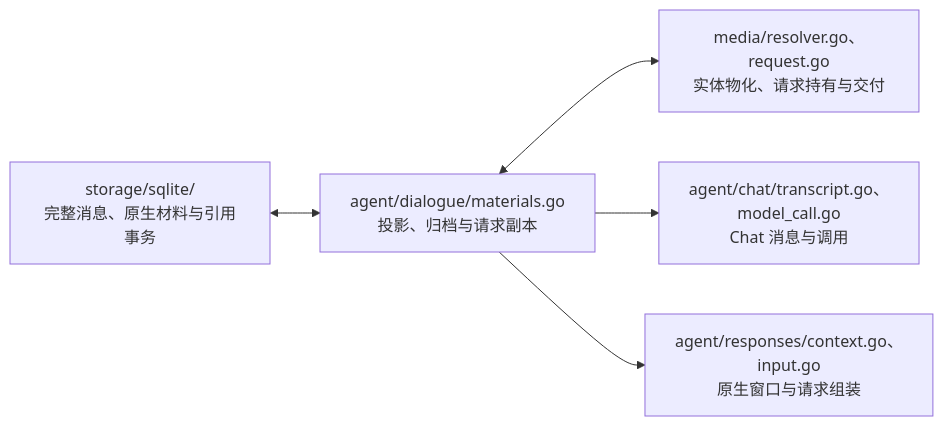
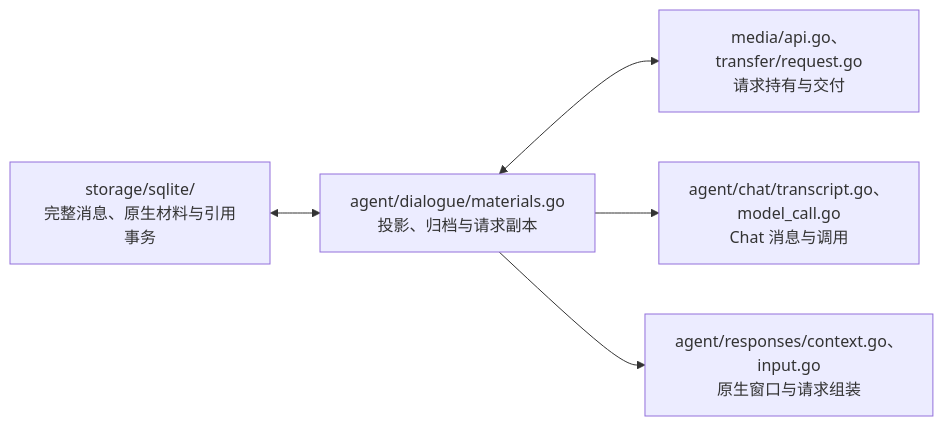
Diagram 11 of 15 in devdocs/architecture.md (Elflare/elbot), drawn with Mermaid before and after one commit. The commit also changed other lines of this file and 145 other files, not shown here.

````diff
--- a/devdocs/architecture.md
+++ b/devdocs/architecture.md
@@ -383,7 +383,7 @@
 ```mermaid
 flowchart LR
     DB["storage/sqlite/<br/>完整消息、原生材料与引用事务"] <--> D["agent/dialogue/materials.go<br/>投影、归档与请求副本"]
-    D <--> M["media/resolver.go、request.go<br/>实体物化、请求持有与交付"]
+    D <--> M["media/api.go、transfer/request.go<br/>请求持有与交付"]
     D --> C["agent/chat/transcript.go、model_call.go<br/>Chat 消息与调用"]
     D --> R["agent/responses/context.go、input.go<br/>原生窗口与请求组装"]
 ```
````
